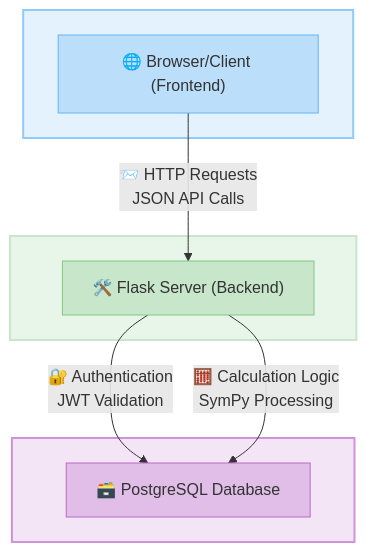
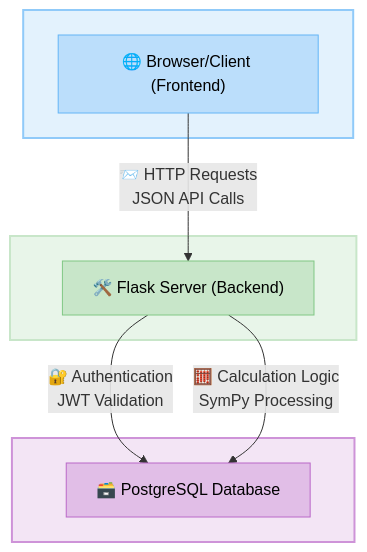
The first of 3 diagrams in README.md (mcy-e/ThreeTireArchitectureCalculator), drawn with Mermaid before and after one commit.

````diff
--- a/README.md
+++ b/README.md
@@ -27,35 +27,34 @@
 ```mermaid
 graph TD
     A["🌐 Browser/Client (Frontend)"] -->|"📨 HTTP Requests<br>JSON API Calls"| B["🛠️ Flask Server (Backend)"]
     B -->|"🔐 Authentication<br>JWT Validation"| C["🗃️ PostgreSQL Database"]
     B -->|"🧮 Calculation Logic<br>SymPy Processing"| C
     
     subgraph Frontend[" "]
         A
     end
     
     subgraph Backend[" "]
         B
     end
     
     subgraph Database[" "]
         C
     end
     
-    %% Styling
-    style Frontend fill:#E3F2FD,stroke:#90CAF9,stroke-width:2px,color:#1565C0
-    style Backend fill:#E8F5E9,stroke:#C8E6C9,stroke-width:2px,color:#2E7D32
-    style Database fill:#F3E5F5,stroke:#CE93D8,stroke-width:2px,color:#7B1FA2
-    style A fill:#BBDEFB,stroke:#64B5F6
-    style B fill:#C8E6C9,stroke:#81C784
-    style C fill:#E1BEE7,stroke:#BA68C8
+    %% Styling with black text
+    style Frontend fill:#E3F2FD,stroke:#90CAF9,stroke-width:2px,color:#000000
+    style Backend fill:#E8F5E9,stroke:#C8E6C9,stroke-width:2px,color:#000000
+    style Database fill:#F3E5F5,stroke:#CE93D8,stroke-width:2px,color:#000000
+    style A fill:#BBDEFB,stroke:#64B5F6,color:#000000
+    style B fill:#C8E6C9,stroke:#81C784,color:#000000
+    style C fill:#E1BEE7,stroke:#BA68C8,color:#000000
     
     %% Graph settings
-    classDef front fill:#BBDEFB,stroke:#64B5F6
-    classDef back fill:#C8E6C9,stroke:#81C784
-    classDef db fill:#E1BEE7,stroke:#BA68C8
+    classDef front fill:#BBDEFB,stroke:#64B5F6,color:#000000
+    classDef back fill:#C8E6C9,stroke:#81C784,color:#000000
+    classDef db fill:#E1BEE7,stroke:#BA68C8,color:#000000
     class A front
     class B back
     class C db
-
 ```
````
